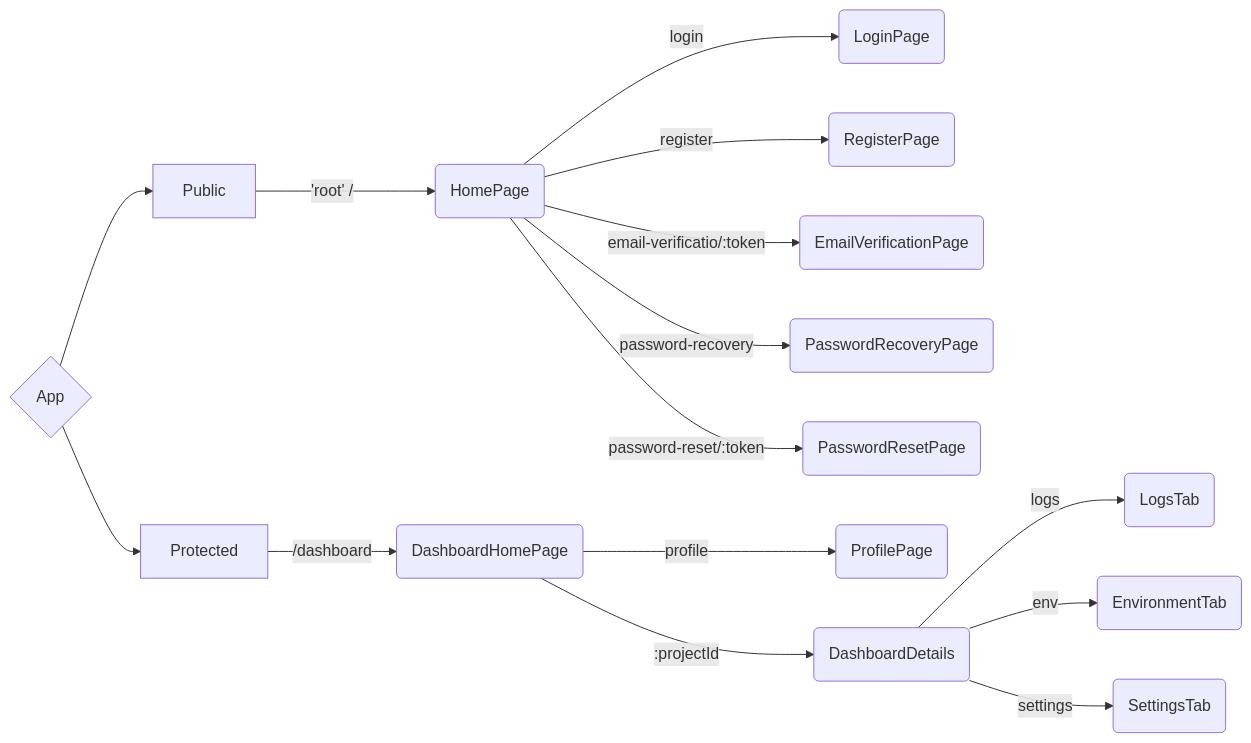
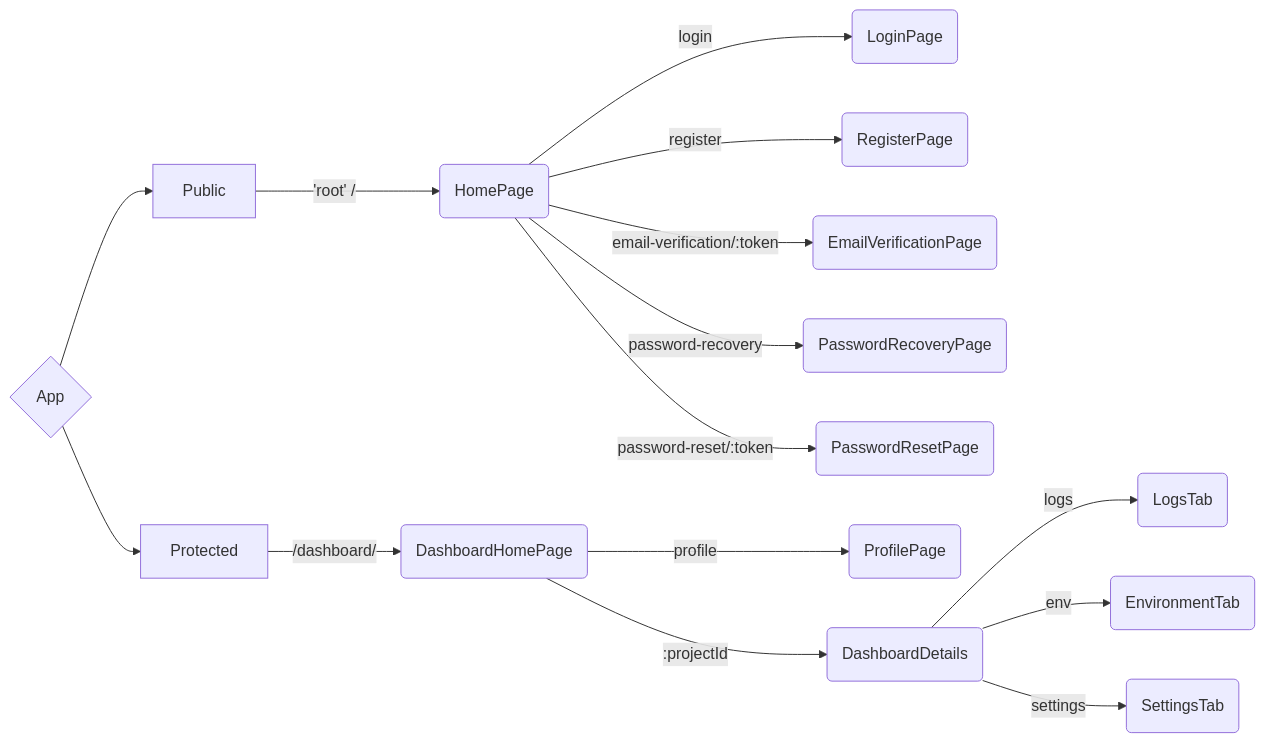
Before and after one commit to paastech-cloud/docs: the first of 5 diagrams in Architecture.md, drawn with Mermaid. The commit also changed other lines of this file, not shown here.

````diff
--- a/Architecture.md
+++ b/Architecture.md
@@ -46,17 +46,17 @@
 ```mermaid
 flowchart LR
     A{App} --> B[Public]
     A --> C[Protected]
     B -->|'root' /| D(HomePage)
-    C -->|/dashboard| E(DashboardHomePage)
+    C -->|/dashboard/| E(DashboardHomePage)
     D -->|login| F(LoginPage)
     D -->|register| G(RegisterPage)
-    D -->|email-verificatio/:token| H(EmailVerificationPage)
+    D -->|email-verification/:token| H(EmailVerificationPage)
     D -->|password-recovery| I(PasswordRecoveryPage)
     D -->|password-reset/:token| J(PasswordResetPage)
     E -->|profile| K(ProfilePage)
     E -->|:projectId| L(DashboardDetails)
     L -->|logs| M(LogsTab)
     L -->|env| N(EnvironmentTab)
     L -->|settings| O(SettingsTab)
 ```
````
